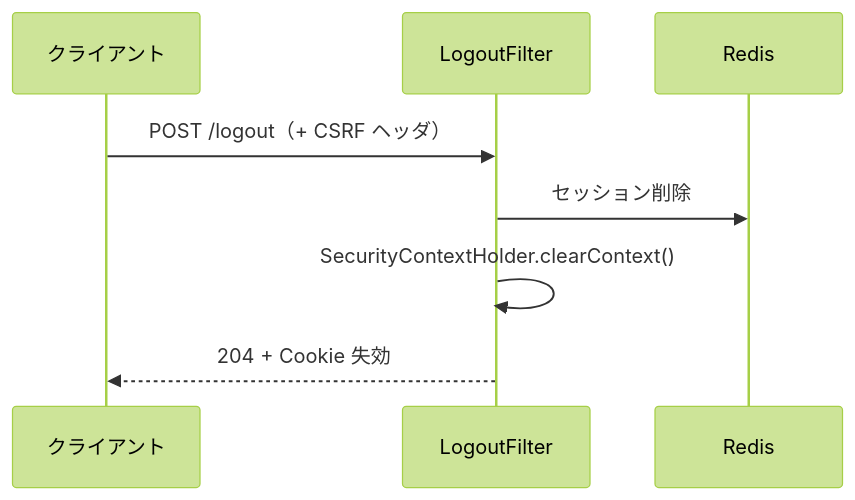
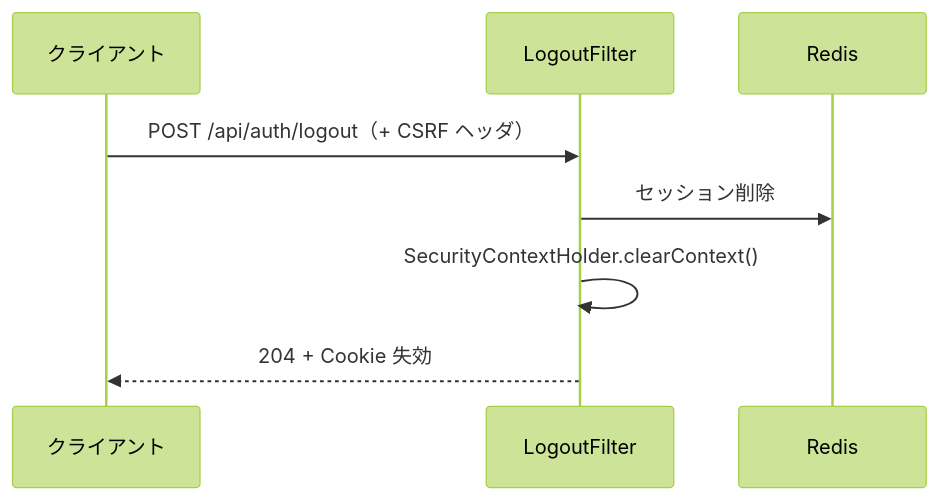
The ninth of 10 diagrams in docs/design/authentication-flow.md (slcwr/space-reserve), drawn with Mermaid (forest theme) before and after one commit. The commit also changed other lines of this file, not shown here.

````diff
--- a/docs/design/authentication-flow.md
+++ b/docs/design/authentication-flow.md
@@ -319,11 +342,11 @@
 ```mermaid
 sequenceDiagram
     participant C as クライアント
     participant LF as LogoutFilter
     participant RS as Redis
 
-    C->>LF: POST /logout（+ CSRF ヘッダ）
+    C->>LF: POST /api/auth/logout（+ CSRF ヘッダ）
     LF->>RS: セッション削除
     LF->>LF: SecurityContextHolder.clearContext()
     LF-->>C: 204 + Cookie 失効
 ```
````
